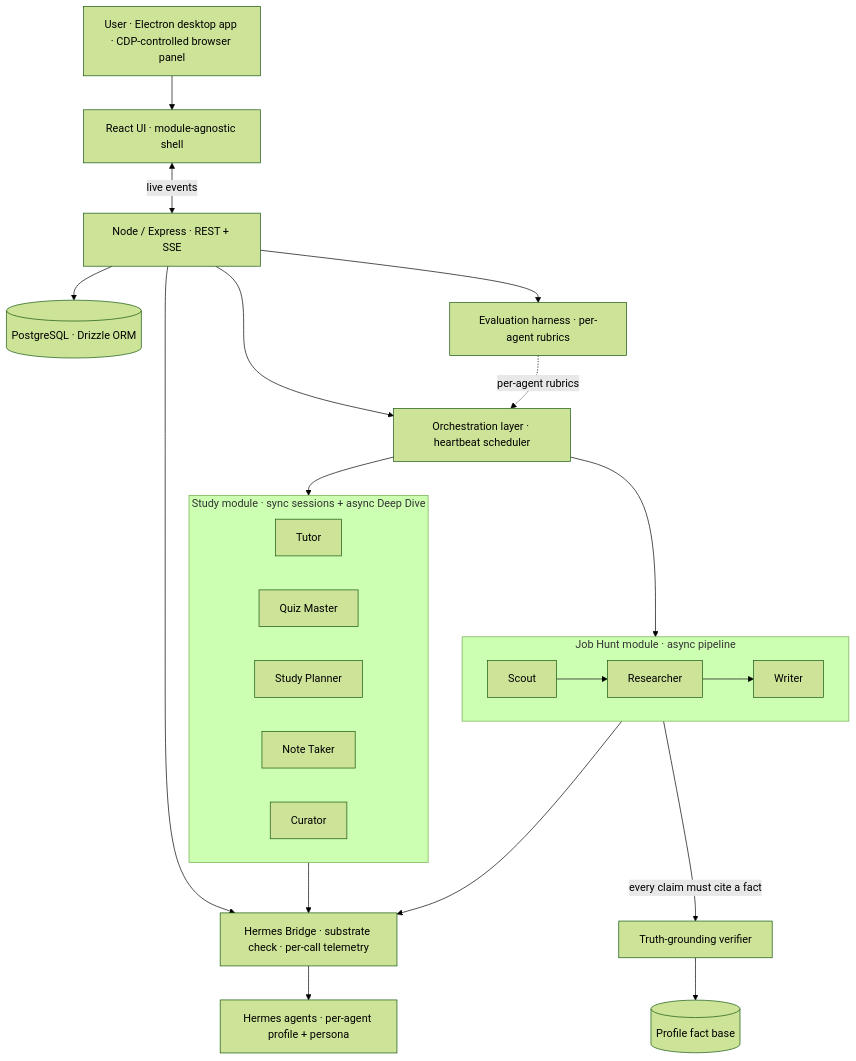
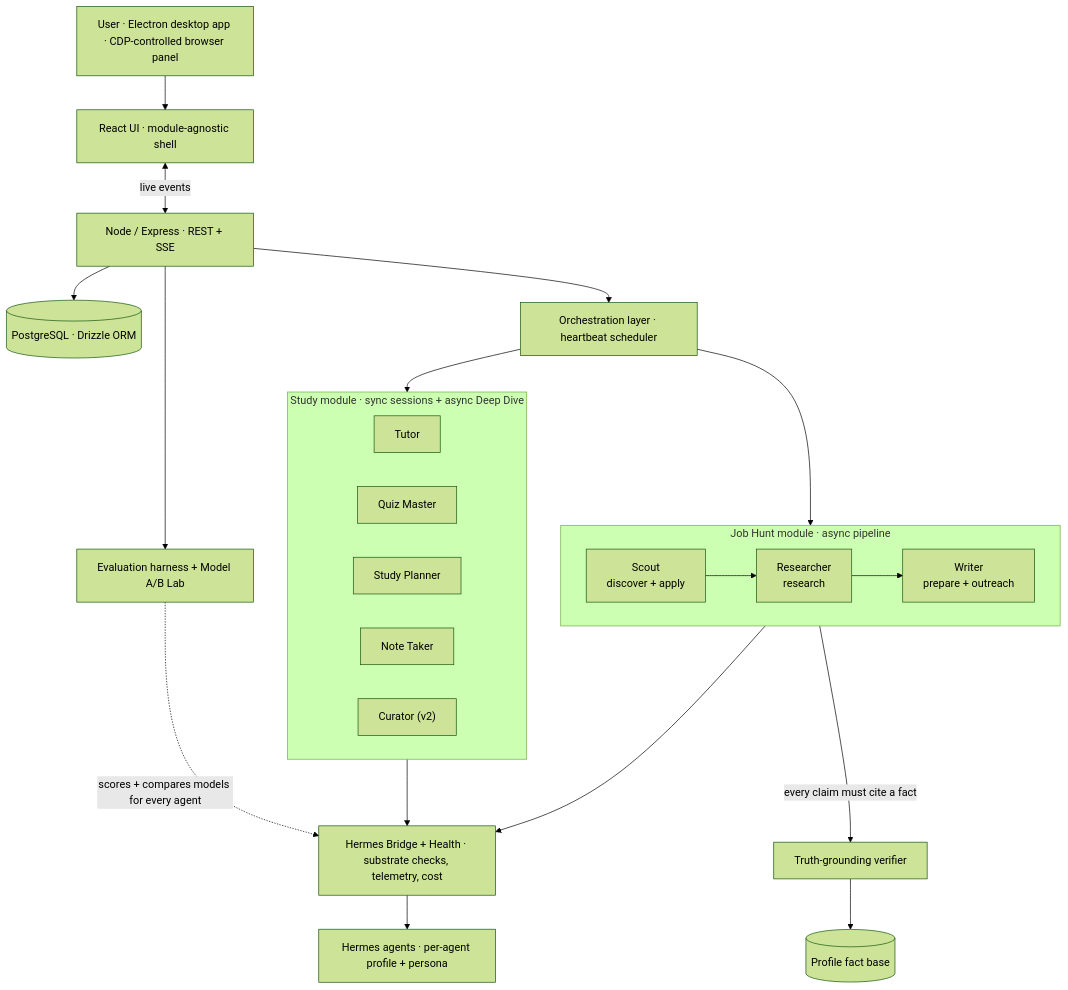
Before and after one commit to christinthomasdev/fluid-portfolio: the diagram in README.md, drawn with Mermaid (forest theme). The commit also changed other lines of this file and 14 other files, not shown here.

````diff
--- a/README.md
+++ b/README.md
@@ -23,44 +26,43 @@
 ```mermaid
 flowchart TB
     User["User · Electron desktop app · CDP-controlled browser panel"]
     UI["React UI · module-agnostic shell"]
     Server["Node / Express · REST + SSE"]
     DB[("PostgreSQL · Drizzle ORM")]
     Orchestrator["Orchestration layer · heartbeat scheduler"]
-    Bridge["Hermes Bridge · substrate check · per-call telemetry"]
     Verifier["Truth-grounding verifier"]
     Facts[("Profile fact base")]
-    Evals["Evaluation harness · per-agent rubrics"]
+    Evals["Evaluation harness + Model A/B Lab"]
+    Bridge["Hermes Bridge + Health · substrate checks, telemetry, cost"]
     LLM["Hermes agents · per-agent profile + persona"]
 
     User --> UI
     UI <-->|"live events"| Server
     Server --> DB
     Server --> Orchestrator
     Server --> Evals
-    Server --> Bridge
     Orchestrator --> JobHunt
     Orchestrator --> Study
-    Bridge --> LLM
 
     subgraph JobHunt ["Job Hunt module · async pipeline"]
         direction LR
-        Scout["Scout"] --> Researcher["Researcher"]
-        Researcher --> Writer["Writer"]
+        Scout["Scout<br/>discover + apply"] --> Researcher["Researcher<br/>research"]
+        Researcher --> Writer["Writer<br/>prepare + outreach"]
     end
 
     subgraph Study ["Study module · sync sessions + async Deep Dive"]
         direction LR
         Tutor["Tutor"]
         Quiz["Quiz Master"]
         Planner["Study Planner"]
         Notes["Note Taker"]
-        Curator["Curator"]
+        Curator["Curator (v2)"]
     end
 
     JobHunt --> Bridge
     Study --> Bridge
+    Bridge --> LLM
     Writer -->|"every claim must cite a fact"| Verifier
     Verifier --> Facts
-    Evals -.->|"per-agent rubrics"| Orchestrator
+    Evals -.->|"scores + compares models for every agent"| Bridge
 ```
````
